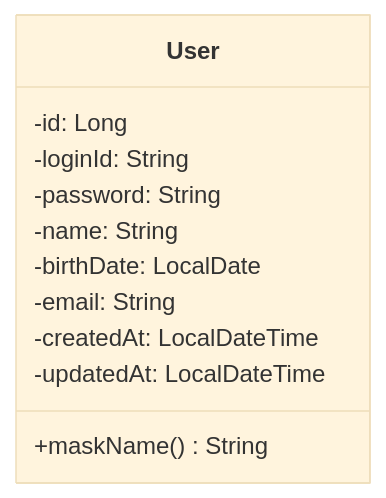
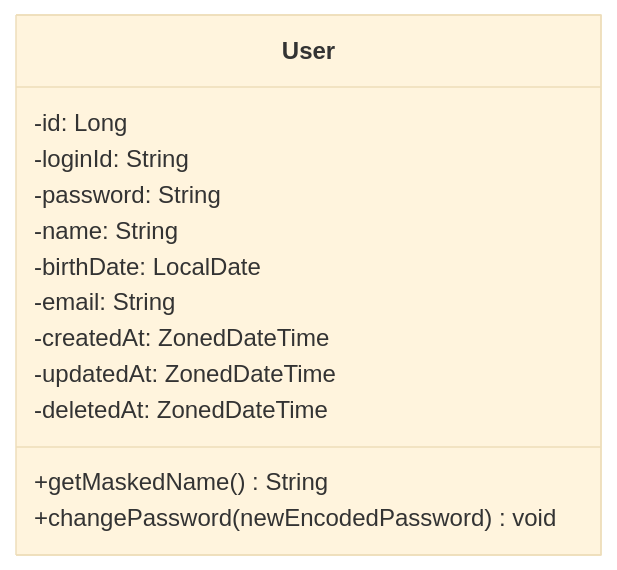
Before and after one commit to Loopers-dev-lab/loop-pack-be-l2-vol3-kotlin: the second of 8 diagrams in docs/design/03-class-diagram.md, drawn with Mermaid (base theme). The commit also changed other lines of this file, not shown here.

First line of the commit message:
docs: 클래스 다이어그램을 실제 코드 구조에 맞게 수정

````diff
--- a/docs/design/03-class-diagram.md
+++ b/docs/design/03-class-diagram.md
@@ -124,14 +155,16 @@
 ```mermaid
 classDiagram
     class User {
         -id: Long
         -loginId: String
         -password: String
         -name: String
         -birthDate: LocalDate
         -email: String
-        -createdAt: LocalDateTime
-        -updatedAt: LocalDateTime
-        +maskName() String
+        -createdAt: ZonedDateTime
+        -updatedAt: ZonedDateTime
+        -deletedAt: ZonedDateTime
+        +getMaskedName() String
+        +changePassword(newEncodedPassword) void
     }
 ```
````
